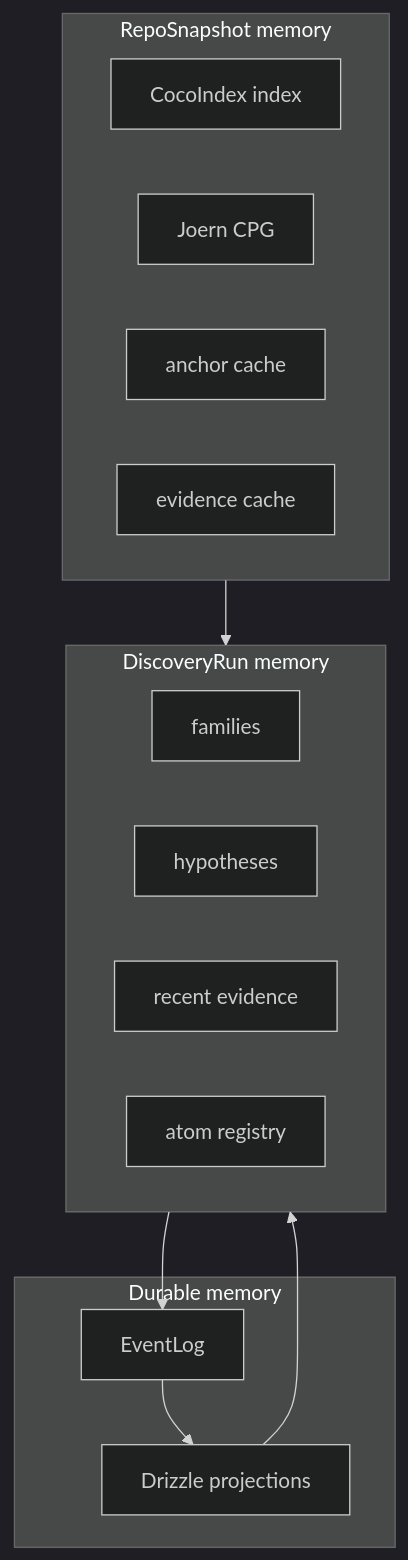
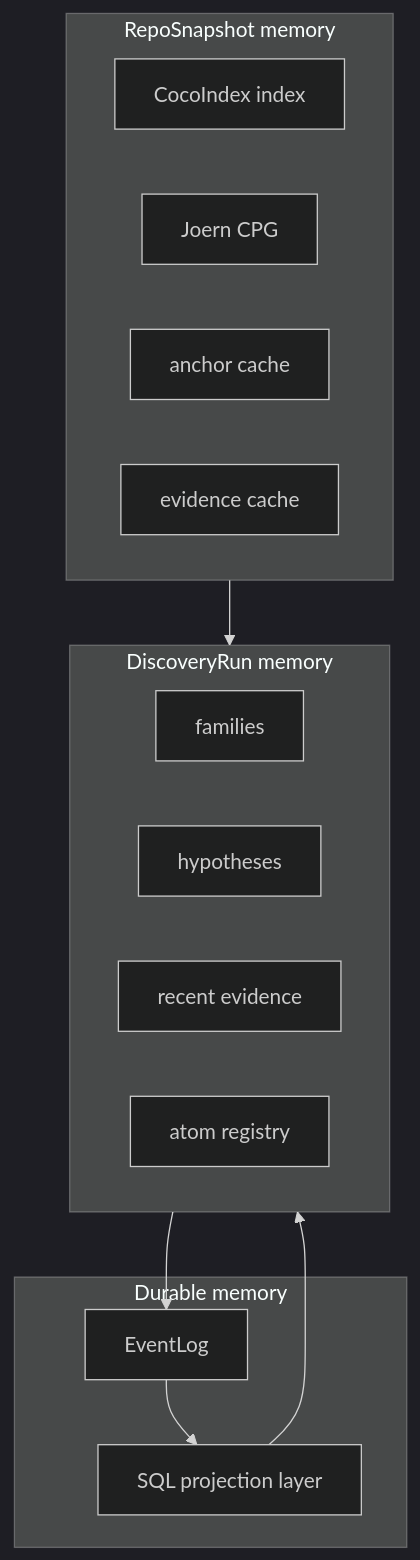
The tenth of 13 diagrams in docs/attuned/Attune Atom, Reactivity, and State Philosophy.md (becker63/attune), drawn with Mermaid (dark theme) before and after one commit. The commit also changed other lines of this file and 320 other files, not shown here.

````diff
--- a/docs/attuned/Attune Atom, Reactivity, and State Philosophy.md
+++ b/docs/attuned/Attune Atom, Reactivity, and State Philosophy.md
@@ -697,26 +697,26 @@
 ```mermaid
 flowchart TD
   subgraph Snapshot["RepoSnapshot memory"]
     A["CocoIndex index"]
     B["Joern CPG"]
     C["anchor cache"]
     D["evidence cache"]
   end
 
   subgraph Run["DiscoveryRun memory"]
     E["families"]
     F["hypotheses"]
     G["recent evidence"]
     H["atom registry"]
   end
 
   subgraph Durable["Durable memory"]
     I["EventLog"]
-    J["Drizzle projections"]
+    J["SQL projection layer"]
   end
 
   Snapshot --> Run
   Run --> I
   I --> J
   J --> Run
 ```
````
